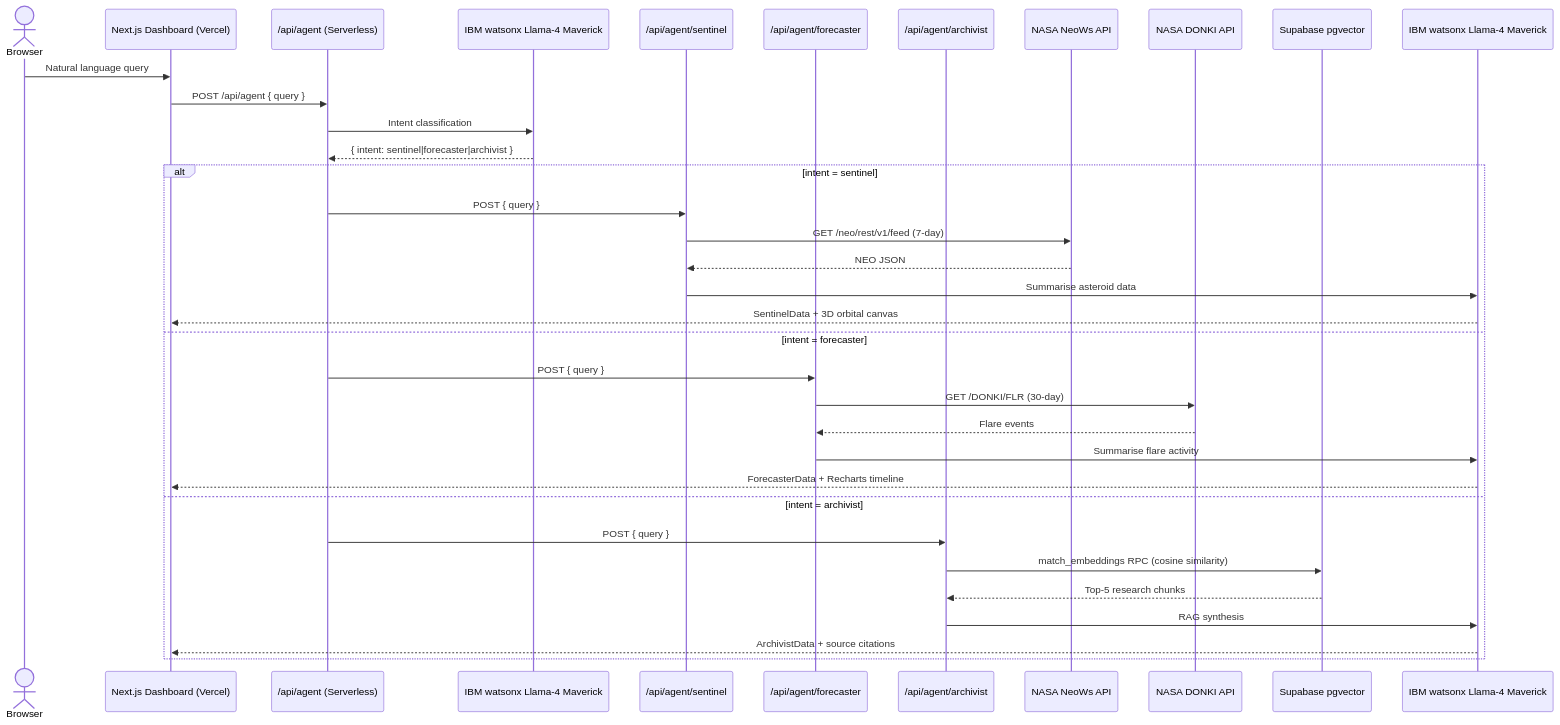
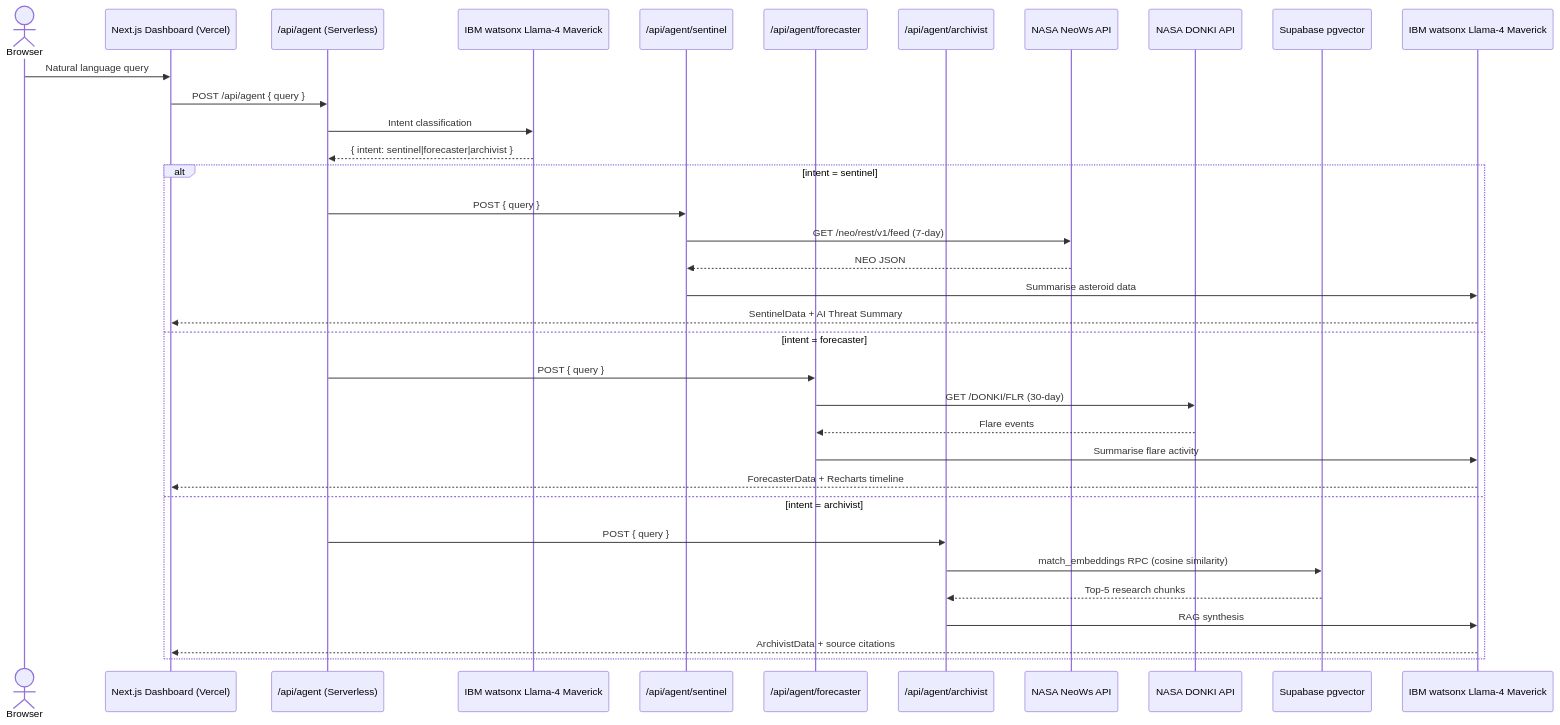
The diagram in README.md (primegideon/orion-space-command), drawn with Mermaid before and after one commit. The commit also changed other lines of this file and 11 other files, not shown here.

````diff
--- a/README.md
+++ b/README.md
@@ -98,39 +98,39 @@
 ```mermaid
 sequenceDiagram
     actor User as Browser
     participant UI as Next.js Dashboard (Vercel)
     participant Router as /api/agent (Serverless)
     participant WX as IBM watsonx Llama-4 Maverick
     participant Sentinel as /api/agent/sentinel
     participant Forecaster as /api/agent/forecaster
     participant Archivist as /api/agent/archivist
     participant NeoWs as NASA NeoWs API
     participant DONKI as NASA DONKI API
     participant SB as Supabase pgvector
     participant Synth as IBM watsonx Llama-4 Maverick
 
     User->>UI: Natural language query
     UI->>Router: POST /api/agent { query }
     Router->>WX: Intent classification
     WX-->>Router: { intent: sentinel|forecaster|archivist }
 
     alt intent = sentinel
         Router->>Sentinel: POST { query }
         Sentinel->>NeoWs: GET /neo/rest/v1/feed (7-day)
         NeoWs-->>Sentinel: NEO JSON
         Sentinel->>Synth: Summarise asteroid data
-        Synth-->>UI: SentinelData + 3D orbital canvas
+        Synth-->>UI: SentinelData + AI Threat Summary
     else intent = forecaster
         Router->>Forecaster: POST { query }
         Forecaster->>DONKI: GET /DONKI/FLR (30-day)
         DONKI-->>Forecaster: Flare events
         Forecaster->>Synth: Summarise flare activity
         Synth-->>UI: ForecasterData + Recharts timeline
     else intent = archivist
         Router->>Archivist: POST { query }
         Archivist->>SB: match_embeddings RPC (cosine similarity)
         SB-->>Archivist: Top-5 research chunks
         Archivist->>Synth: RAG synthesis
         Synth-->>UI: ArchivistData + source citations
     end
 ```
````
